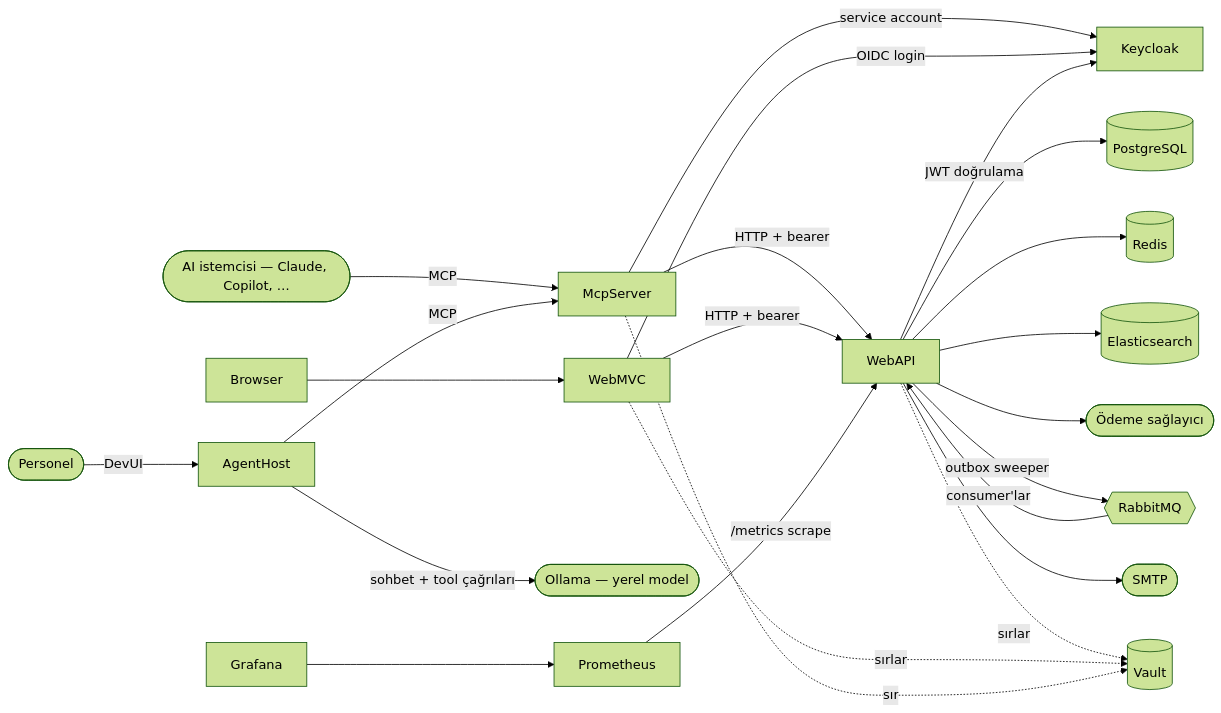
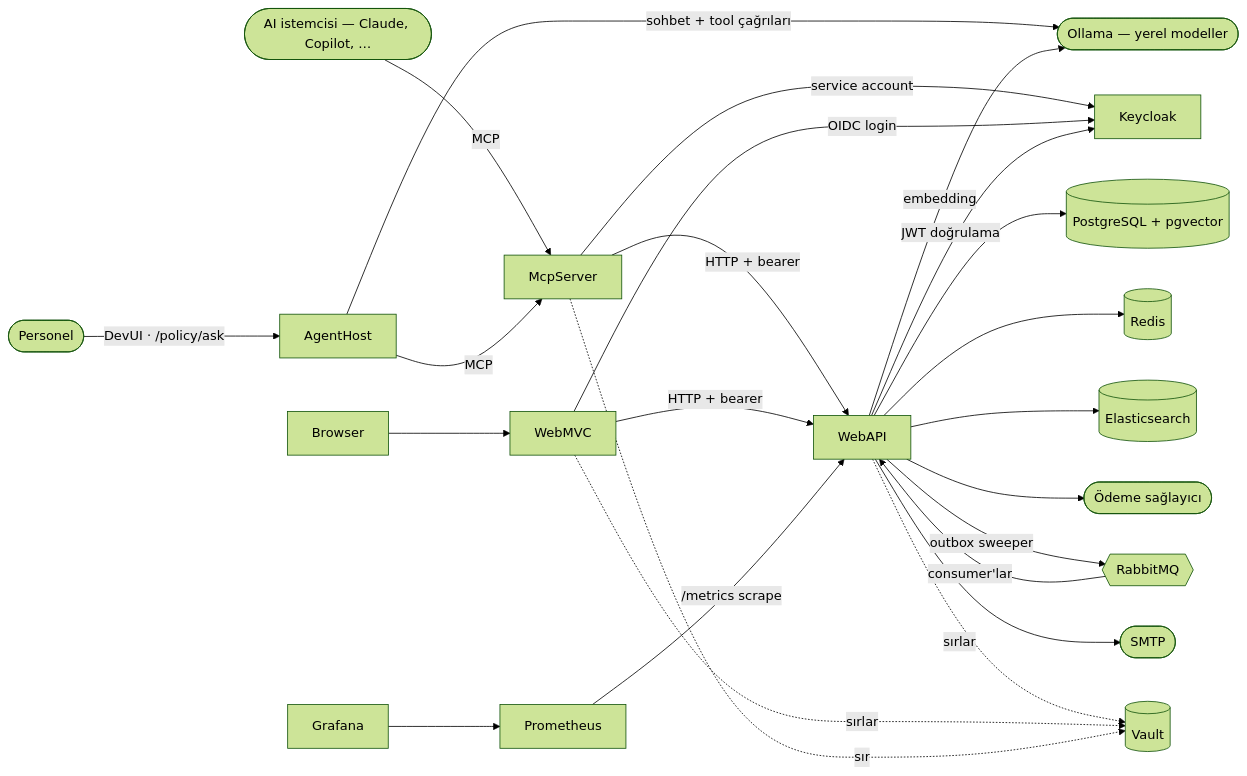
One commit to furkanpasaoglu/StadiaPass changed the first of 2 diagrams in README.tr.md. Above: the diagram before and after it, drawn with Mermaid (forest theme). The commit also changed other lines of this file and 1 other file, not shown here.

First line of the commit message:
docs: cover the policy assistant, its evals and document upload in both readmes

````diff
--- a/README.tr.md
+++ b/README.tr.md
@@ -116,25 +120,26 @@
 ```mermaid
 flowchart LR
   Browser --> WebMVC
   AI([AI istemcisi — Claude, Copilot, …]) -->|MCP| McpServer
-  Personel([Personel]) -->|DevUI| AgentHost
+  Personel([Personel]) -->|DevUI · /policy/ask| AgentHost
   AgentHost -->|MCP| McpServer
-  AgentHost -->|sohbet + tool çağrıları| Ollama([Ollama — yerel model])
+  AgentHost -->|sohbet + tool çağrıları| Ollama([Ollama — yerel modeller])
+  WebAPI -->|embedding| Ollama
   McpServer -->|HTTP + bearer| WebAPI
   McpServer -->|service account| Keycloak
   WebMVC -->|HTTP + bearer| WebAPI
   WebMVC -->|OIDC login| Keycloak
   WebAPI -->|JWT doğrulama| Keycloak
-  WebAPI --> Postgres[(PostgreSQL)]
+  WebAPI --> Postgres[(PostgreSQL + pgvector)]
   WebAPI --> Redis[(Redis)]
   WebAPI --> Elastic[(Elasticsearch)]
   WebAPI --> Stripe([Ödeme sağlayıcı])
   WebAPI -->|outbox sweeper| Rabbit{{RabbitMQ}}
   Rabbit -->|consumer'lar| WebAPI
   WebAPI --> SMTP([SMTP])
   WebAPI -.sırlar.-> Vault[(Vault)]
   WebMVC -.sırlar.-> Vault
   McpServer -.sır.-> Vault
   Prometheus -->|/metrics scrape| WebAPI
   Grafana --> Prometheus
 ```
````
